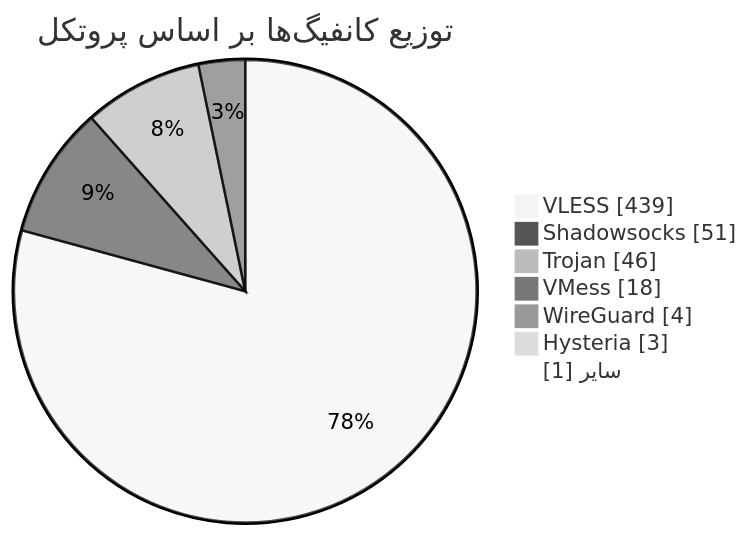
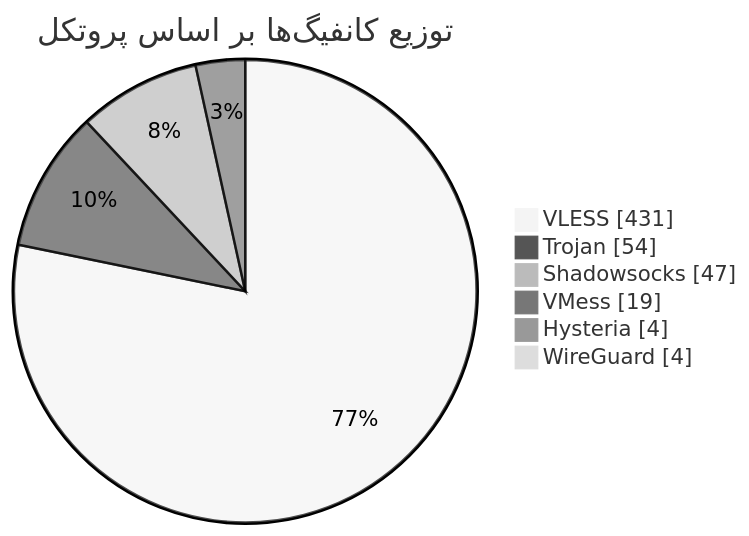
One commit to Arian-Alijani/Somthing changed the diagram in README.md. Above: the diagram before and after it, drawn with Mermaid (neutral theme). The commit also changed other lines of this file and 17 other files, not shown here.

````diff
--- a/README.md
+++ b/README.md
@@ -49,11 +48,10 @@
 ```mermaid
 pie showData
     title توزیع کانفیگ‌ها بر اساس پروتکل
-    "VLESS" : 439
-    "Shadowsocks" : 51
-    "Trojan" : 46
-    "VMess" : 18
+    "VLESS" : 431
+    "Trojan" : 54
+    "Shadowsocks" : 47
+    "VMess" : 19
+    "Hysteria" : 4
     "WireGuard" : 4
-    "Hysteria" : 3
-    "سایر" : 1
 ```
````
